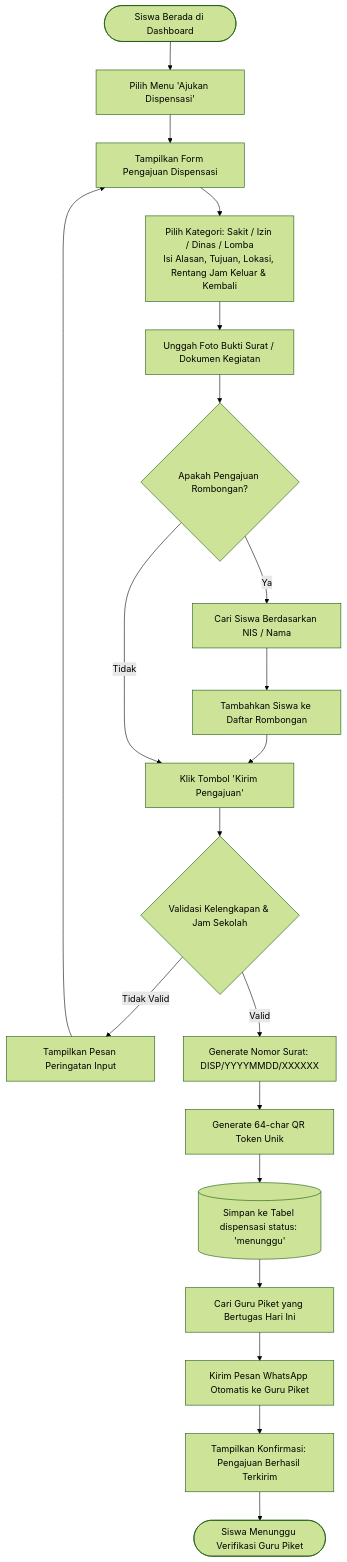
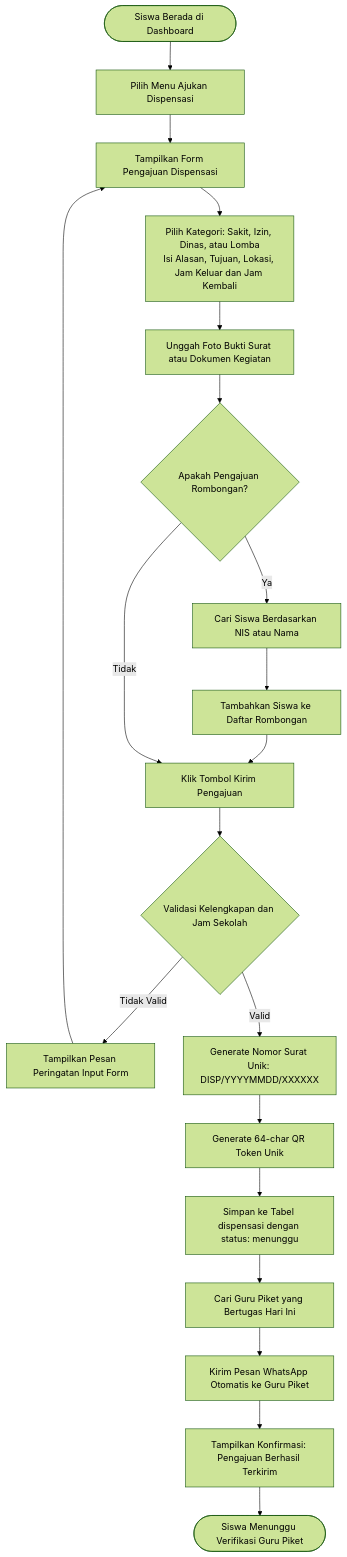
One commit to Zainal29/Didispen changed the second of 7 diagrams in FLOWCHART.MD. Above: the diagram before and after it, drawn with Mermaid (forest theme). The commit also changed other lines of this file, not shown here.

Commit message:
feat : memperbaiki FLOWCHART

````diff
--- a/FLOWCHART.MD
+++ b/FLOWCHART.MD
@@ -87,27 +87,27 @@
 ```mermaid
 flowchart TD
-    StartSiswa([Siswa Berada di Dashboard]) --> ClickAjukan[Pilih Menu 'Ajukan Dispensasi']
-    ClickAjukan --> FormDispen[Tampilkan Form Pengajuan Dispensasi]
+    StartSiswa(["Siswa Berada di Dashboard"]) --> ClickAjukan["Pilih Menu Ajukan Dispensasi"]
+    ClickAjukan --> FormDispen["Tampilkan Form Pengajuan Dispensasi"]
     
-    FormDispen --> InputData[Pilih Kategori: Sakit / Izin / Dinas / Lomba<br>Isi Alasan, Tujuan, Lokasi, Rentang Jam Keluar & Kembali]
-    InputData --> UploadBukti[Unggah Foto Bukti Surat / Dokumen Kegiatan]
+    FormDispen --> InputData["Pilih Kategori: Sakit, Izin, Dinas, atau Lomba<br/>Isi Alasan, Tujuan, Lokasi, Jam Keluar dan Jam Kembali"]
+    InputData --> UploadBukti["Unggah Foto Bukti Surat atau Dokumen Kegiatan"]
     
-    UploadBukti --> CheckRombongan{Apakah Pengajuan Rombongan?}
-    CheckRombongan -- Ya --> SearchAnggota[Cari Siswa Berdasarkan NIS / Nama]
-    SearchAnggota --> AddAnggota[Tambahkan Siswa ke Daftar Rombongan]
-    AddAnggota --> SubmitForm[Klik Tombol 'Kirim Pengajuan']
-    CheckRombongan -- Tidak --> SubmitForm
+    UploadBukti --> CheckRombongan{"Apakah Pengajuan Rombongan?"}
+    CheckRombongan -- "Ya" --> SearchAnggota["Cari Siswa Berdasarkan NIS atau Nama"]
+    SearchAnggota --> AddAnggota["Tambahkan Siswa ke Daftar Rombongan"]
+    AddAnggota --> SubmitForm["Klik Tombol Kirim Pengajuan"]
+    CheckRombongan -- "Tidak" --> SubmitForm
 
-    SubmitForm --> ValidateInput{Validasi Kelengkapan & Jam Sekolah}
-    ValidateInput -- Tidak Valid --> ShowFormError[Tampilkan Pesan Peringatan Input]
+    SubmitForm --> ValidateInput{"Validasi Kelengkapan dan Jam Sekolah"}
+    ValidateInput -- "Tidak Valid" --> ShowFormError["Tampilkan Pesan Peringatan Input Form"]
     ShowFormError --> FormDispen
 
-    ValidateInput -- Valid --> GenerateNoSurat[Generate Nomor Surat: DISP/YYYYMMDD/XXXXXX]
-    GenerateNoSurat --> GenerateQRToken[Generate 64-char QR Token Unik]
-    GenerateQRToken --> SaveDB[(Simpan ke Tabel dispensasi status: 'menunggu')]
+    ValidateInput -- "Valid" --> GenerateNoSurat["Generate Nomor Surat Unik: DISP/YYYYMMDD/XXXXXX"]
+    GenerateNoSurat --> GenerateQRToken["Generate 64-char QR Token Unik"]
+    GenerateQRToken --> SaveDB["Simpan ke Tabel dispensasi dengan status: menunggu"]
     
-    SaveDB --> TriggerWA[Cari Guru Piket yang Bertugas Hari Ini]
-    TriggerWA --> SendWANotif[Kirim Pesan WhatsApp Otomatis ke Guru Piket]
-    SendWANotif --> StudentSuccess[Tampilkan Konfirmasi: Pengajuan Berhasil Terkirim]
-    StudentSuccess --> EndSiswa([Siswa Menunggu Verifikasi Guru Piket])
+    SaveDB --> TriggerWA["Cari Guru Piket yang Bertugas Hari Ini"]
+    TriggerWA --> SendWANotif["Kirim Pesan WhatsApp Otomatis ke Guru Piket"]
+    SendWANotif --> StudentSuccess["Tampilkan Konfirmasi: Pengajuan Berhasil Terkirim"]
+    StudentSuccess --> EndSiswa(["Siswa Menunggu Verifikasi Guru Piket"])
 ```
````
